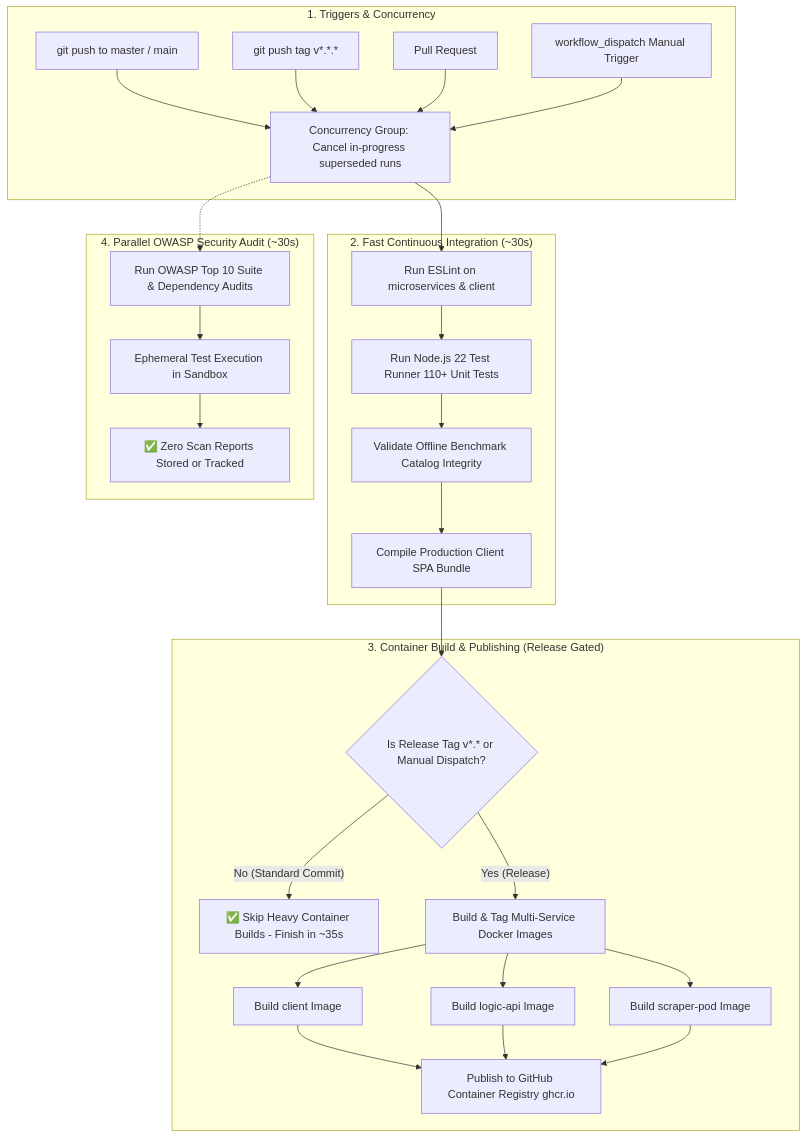
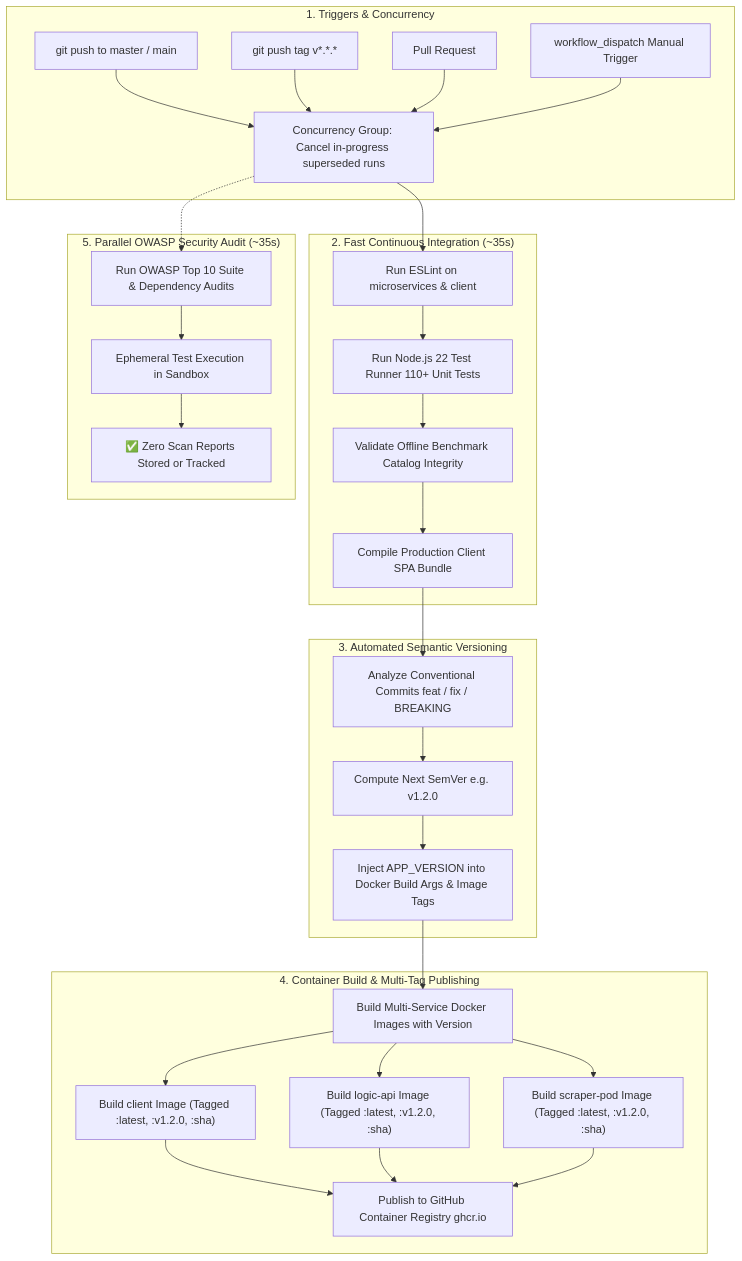
Before and after one commit to knowlesy/shopping-comparison: the diagram in docs/workflows.md, drawn with Mermaid. The commit also changed other lines of this file and 8 other files, not shown here.

Commit message:
feat(release): bump to v1.2.0 with automated Conventional Commit versioning pipeline

````diff
--- a/docs/workflows.md
+++ b/docs/workflows.md
@@ -9,40 +9,44 @@
 ```mermaid
 flowchart TD
     subgraph Trigger["1. Triggers & Concurrency"]
         Push[git push to master / main]
         Tag[git push tag v*.*.*]
         PR[Pull Request]
         Manual[workflow_dispatch Manual Trigger]
         Cancel["Concurrency Group: Cancel in-progress superseded runs"]
         
         Push --> Cancel
         Tag --> Cancel
         PR --> Cancel
         Manual --> Cancel
     end
 
-    subgraph CI["2. Fast Continuous Integration (~30s)"]
+    subgraph CI["2. Fast Continuous Integration (~35s)"]
         Cancel --> LintJob[Run ESLint on microservices & client]
         LintJob --> TestJob[Run Node.js 22 Test Runner 110+ Unit Tests]
         TestJob --> CatalogLint[Validate Offline Benchmark Catalog Integrity]
         CatalogLint --> BuildClient[Compile Production Client SPA Bundle]
     end
 
-    subgraph CD["3. Container Build & Publishing (Release Gated)"]
-        BuildClient --> IsRelease{Is Release Tag v*.* or Manual Dispatch?}
-        IsRelease -- No (Standard Commit) --> SkipDocker[✅ Skip Heavy Container Builds - Finish in ~35s]
-        IsRelease -- Yes (Release) --> BuildImages[Build & Tag Multi-Service Docker Images]
-        BuildImages --> ClientImg[Build client Image]
-        BuildImages --> LogicImg[Build logic-api Image]
-        BuildImages --> ScraperImg[Build scraper-pod Image]
+    subgraph AutoVersion["3. Automated Semantic Versioning"]
+        BuildClient --> ParseCommits[Analyze Conventional Commits feat / fix / BREAKING]
+        ParseCommits --> CalcSemVer[Compute Next SemVer e.g. v1.2.0]
+        CalcSemVer --> VersionOutput[Inject APP_VERSION into Docker Build Args & Image Tags]
+    end
+
+    subgraph CD["4. Container Build & Multi-Tag Publishing"]
+        VersionOutput --> BuildImages[Build Multi-Service Docker Images with Version]
+        BuildImages --> ClientImg["Build client Image (Tagged :latest, :v1.2.0, :sha)"]
+        BuildImages --> LogicImg["Build logic-api Image (Tagged :latest, :v1.2.0, :sha)"]
+        BuildImages --> ScraperImg["Build scraper-pod Image (Tagged :latest, :v1.2.0, :sha)"]
         ClientImg --> GHCR[Publish to GitHub Container Registry ghcr.io]
         LogicImg --> GHCR
         ScraperImg --> GHCR
     end
 
-    subgraph Security["4. Parallel OWASP Security Audit (~30s)"]
+    subgraph Security["5. Parallel OWASP Security Audit (~35s)"]
         Cancel -.-> OWASPRun[Run OWASP Top 10 Suite & Dependency Audits]
         OWASPRun --> EphemeralCheck[Ephemeral Test Execution in Sandbox]
         EphemeralCheck --> SecurityPass[✅ Zero Scan Reports Stored or Tracked]
     end
 ```
````
